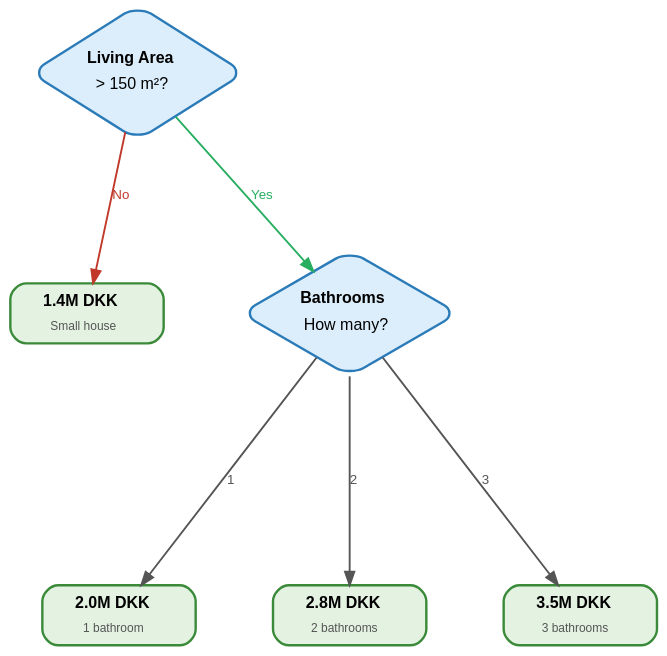
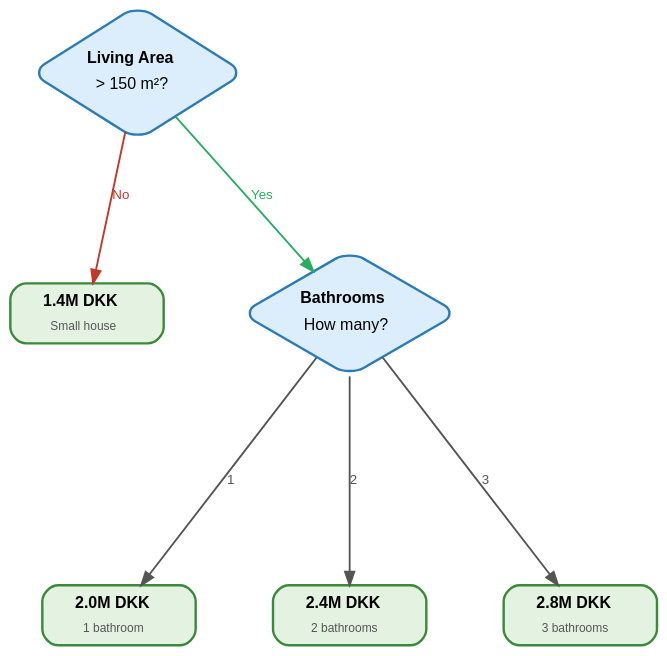
Before and after one commit to loprtq/MathNotes: the diagram in Figures/Computational_Statistics/Trees_Expanded.qmd, drawn with Graphviz. The commit also changed 1 other file, not shown here.

Commit message:
Add shortcomings and benefits

```diff
--- a/Figures/Computational_Statistics/Trees_Expanded.qmd
+++ b/Figures/Computational_Statistics/Trees_Expanded.qmd
@@ -66,7 +66,7 @@
 
   Bath2 [
     label = <<TABLE BORDER="0" CELLBORDER="0" CELLSPACING="2">
-      <TR><TD><B>2.8M DKK</B></TD></TR>
+      <TR><TD><B>2.4M DKK</B></TD></TR>
       <TR><TD><FONT POINT-SIZE="9" COLOR="#555555">2 bathrooms</FONT></TD></TR>
     </TABLE>>
     shape = box
@@ -78,7 +78,7 @@
 
   Bath3 [
     label = <<TABLE BORDER="0" CELLBORDER="0" CELLSPACING="2">
-      <TR><TD><B>3.5M DKK</B></TD></TR>
+      <TR><TD><B>2.8M DKK</B></TD></TR>
       <TR><TD><FONT POINT-SIZE="9" COLOR="#555555">3 bathrooms</FONT></TD></TR>
     </TABLE>>
     shape = box
```
